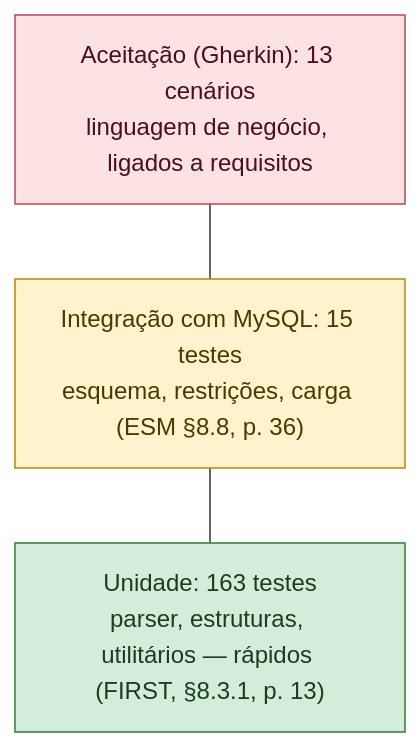
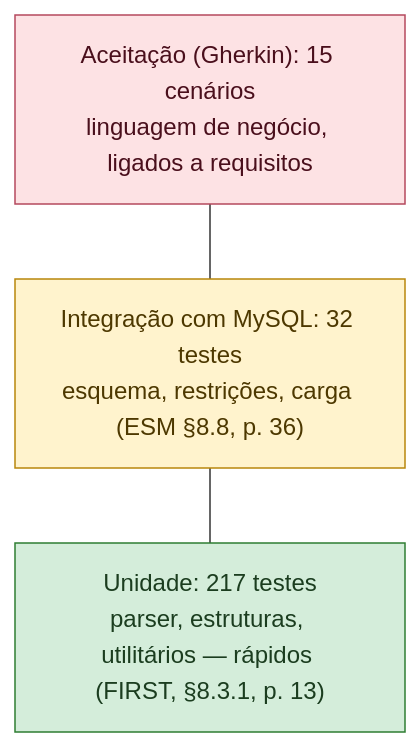
The second of 3 diagrams in docs/parte2/5_manutencao_e_qualidade.md (guilhermercmoraes-tech/PI2_Sprint2-Grupo-1-UFT), drawn with Mermaid before and after one commit. The commit also changed other lines of this file and 23 other files, not shown here.

````diff
--- a/docs/parte2/5_manutencao_e_qualidade.md
+++ b/docs/parte2/5_manutencao_e_qualidade.md
@@ -47,10 +62,10 @@
 ```mermaid
 flowchart TB
-    A["Aceitação (Gherkin): 13 cenários<br/>linguagem de negócio, ligados a requisitos"]
-    I["Integração com MySQL: 15 testes<br/>esquema, restrições, carga (ESM §8.8, p. 36)"]
-    U["Unidade: 163 testes<br/>parser, estruturas, utilitários — rápidos (FIRST, §8.3.1, p. 13)"]
+    A["Aceitação (Gherkin): 15 cenários<br/>linguagem de negócio, ligados a requisitos"]
+    I["Integração com MySQL: 32 testes<br/>esquema, restrições, carga (ESM §8.8, p. 36)"]
+    U["Unidade: 217 testes<br/>parser, estruturas, utilitários — rápidos (FIRST, §8.3.1, p. 13)"]
     A --- I --- U
     style A fill:#fde2e4,stroke:#b5485d,color:#4a0f1c
     style I fill:#fff3cd,stroke:#b8860b,color:#4d3800
     style U fill:#d4edda,stroke:#2e7d32,color:#1b3d1f
 ```
````
